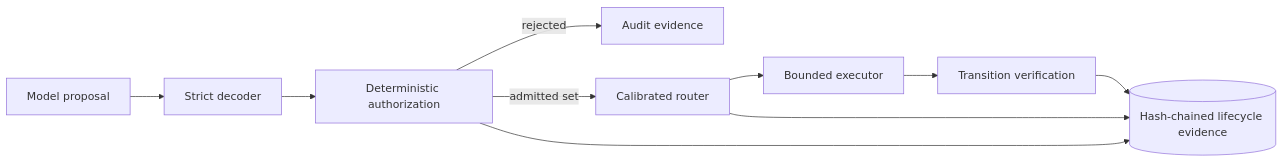
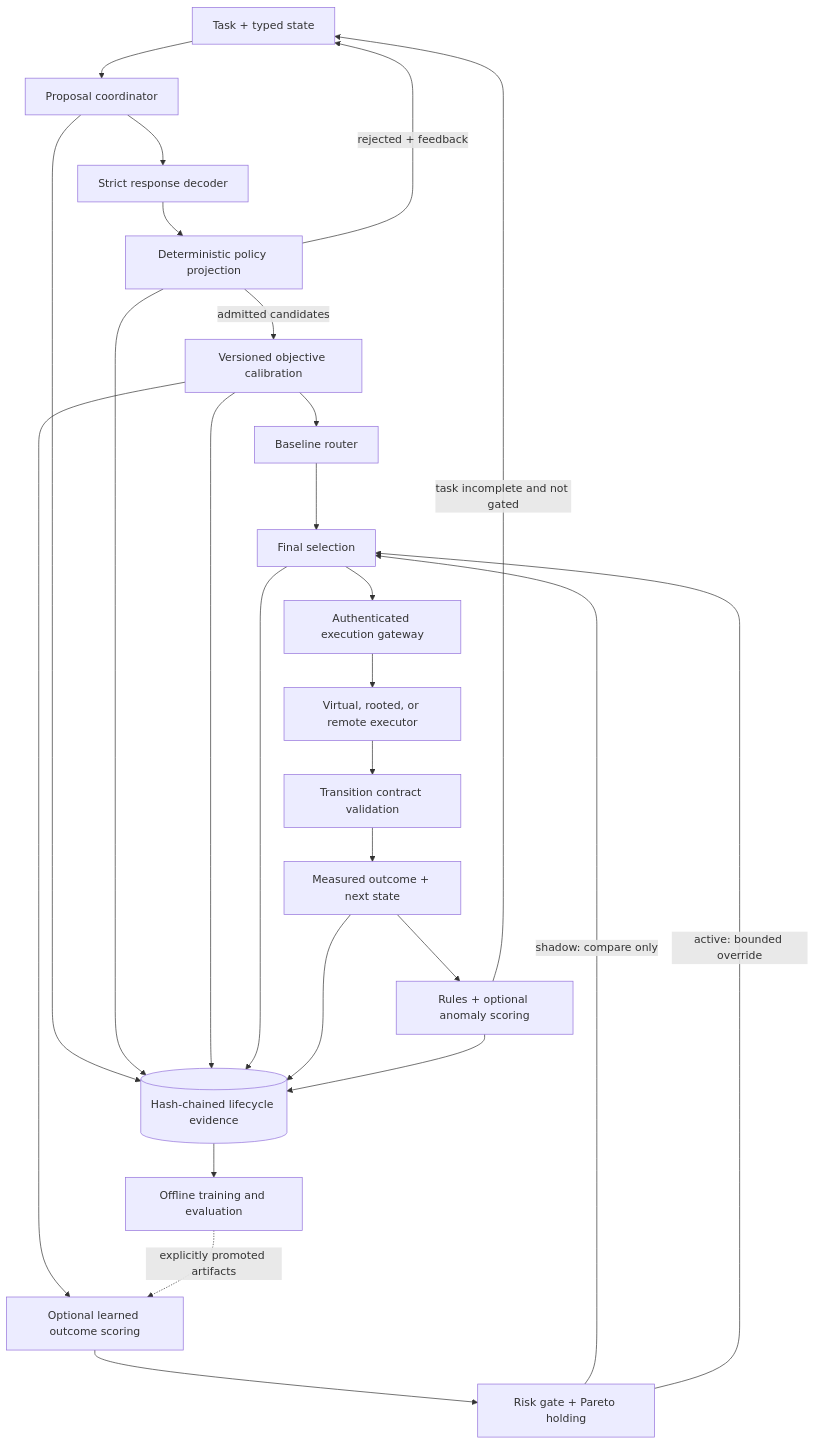
One commit to darshgarg7/Bouncer changed the diagram in README.md. Above: the diagram before and after it, drawn with Mermaid. The commit also changed other lines of this file, not shown here.

Commit message:
Update README
Updated project description and improved architecture diagram.

````diff
--- a/README.md
+++ b/README.md
@@ -51,12 +51,35 @@
 ```mermaid
-flowchart LR
-    M["Model proposal"] --> D["Strict decoder"]
-    D --> P["Deterministic authorization"]
-    P -->|"rejected"| A["Audit evidence"]
-    P -->|"admitted set"| R["Calibrated router"]
-    R --> E["Bounded executor"]
-    E --> V["Transition verification"]
-    V --> L[("Hash-chained lifecycle evidence")]
+flowchart TD
+    S["Task + typed state"] --> O["Proposal coordinator"]
+    O --> D["Strict response decoder"]
+    D --> P["Deterministic policy projection"]
+
+    P -->|"rejected + feedback"| S
+    P -->|"admitted candidates"| C["Versioned objective calibration"]
+
+    C --> B["Baseline router"]
+    C --> M["Optional learned outcome scoring"]
+    M --> H["Risk gate + Pareto holding"]
+
+    B --> X["Final selection"]
+    H -->|"shadow: compare only"| X
+    H -->|"active: bounded override"| X
+
+    X --> G["Authenticated execution gateway"]
+    G --> E["Virtual, rooted, or remote executor"]
+    E --> V["Transition contract validation"]
+    V --> T["Measured outcome + next state"]
+
+    T --> N["Rules + optional anomaly scoring"]
+    N -->|"task incomplete and not gated"| S
+
+    O --> L[("Hash-chained lifecycle evidence")]
     P --> L
-    R --> L
+    C --> L
+    X --> L
+    T --> L
+    N --> L
+
+    L --> Q["Offline training and evaluation"]
+    Q -. "explicitly promoted artifacts" .-> M
 ```
````
